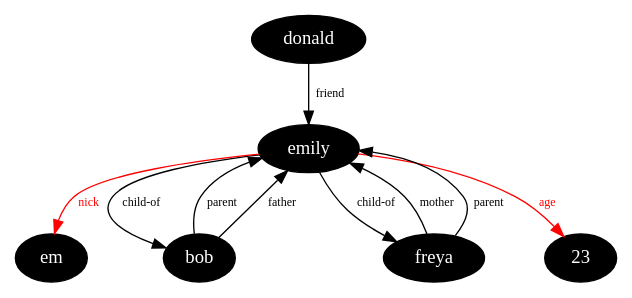
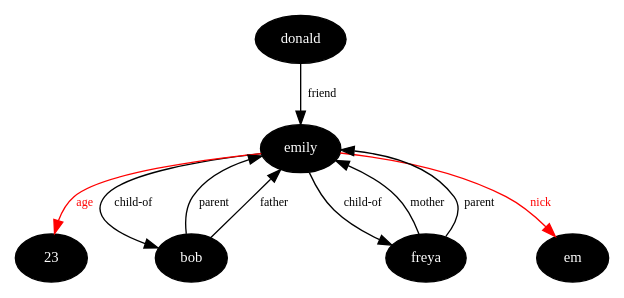
The diagram in assets/query-example03.dot (thi-ng/trio), drawn with Graphviz before and after one commit. The commit also changed 4 other files, not shown here.

Commit message:
refactor qvar projection, add compiler support for aggregate queries, update inference example, update graphviz assets

```diff
--- a/assets/query-example03.dot
+++ b/assets/query-example03.dot
@@ -1,15 +1,16 @@
 digraph G {
-node[color="black",style="filled",fontname="Inconsolata",fontcolor="white"];
+node[color="black",style="filled",fontname="Inconsolata",fontcolor="white",fontsize=11];
 edge[fontname="Inconsolata",fontsize="9"];
 "emily" -> "bob" [label="child-of"];
-"emily" -> "freya" [label="child-of"];
 "donald" -> "emily" [label="friend"];
 "freya" -> "emily" [label="mother"];
-"freya" -> "emily" [label="parent"];
+"emily" -> "freya" [label="child-of"];
 "bob" -> "emily" [label="parent"];
 "bob" -> "emily" [label="father"];
+"freya" -> "emily" [label="parent"];
 
-edge[fontname="Inconsolata",fontsize="9",color=red,fontcolor=red];
+edge[fontname="Inconsolata",fontsize=9,color=red,fontcolor=red];
+"emily" -> "23" [label="age"];
 "emily" -> "em" [label="nick"];
-"emily" -> "23" [label="age"];
+
 }
```
